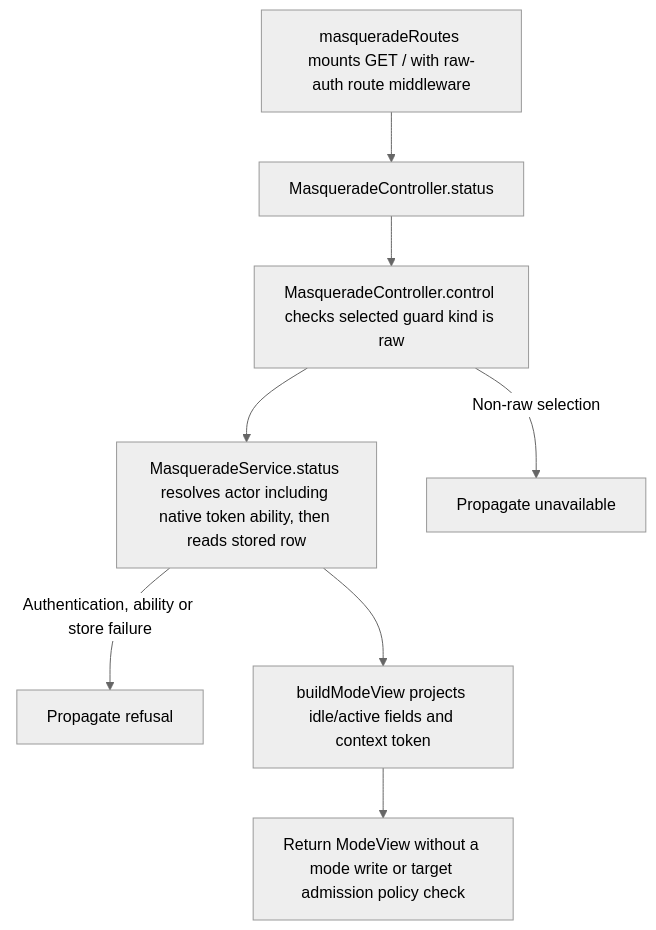
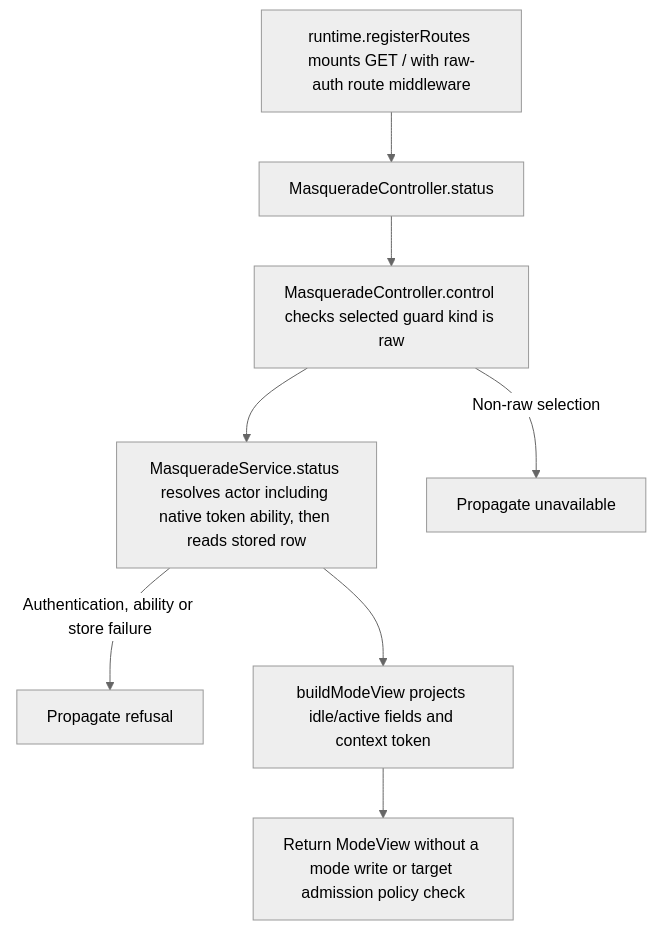
Before and after one commit to Kevinjohn/oss-adonisjs-masquerade: the second of 2 diagrams in user-stories/start-stop-mode/us-actor-06-read-mode-status.md, drawn with Mermaid (neutral theme). The commit also changed other lines of this file and 24 other files, not shown here.

First line of the commit message:
Register control routes through the runtime

````diff
--- a/user-stories/start-stop-mode/us-actor-06-read-mode-status.md
+++ b/user-stories/start-stop-mode/us-actor-06-read-mode-status.md
@@ -33,10 +33,10 @@
 ```mermaid
 flowchart TD
- A["masqueradeRoutes mounts GET / with raw-auth route middleware"] --> B["MasqueradeController.status"]
+ A["runtime.registerRoutes mounts GET / with raw-auth route middleware"] --> B["MasqueradeController.status"]
  B --> C["MasqueradeController.control checks selected guard kind is raw"]
  C --> D["MasqueradeService.status resolves actor including native token ability, then reads stored row"]
  C -->|Non-raw selection| X["Propagate unavailable"]
  D -->|Authentication, ability or store failure| Y["Propagate refusal"]
  D --> E["buildModeView projects idle/active fields and context token"]
  E --> F["Return ModeView without a mode write or target admission policy check"]
 ```
````
